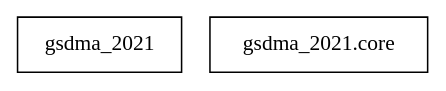
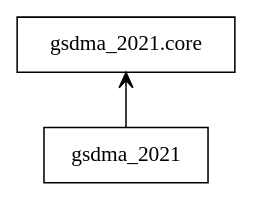
The diagram in docs/source/uml/packages_uml_gsdma_2021.dot (kaufmanno/GSDMA_2021), drawn with Graphviz before and after one commit. The commit also changed 1 other file, not shown here.

```diff
--- a/docs/source/uml/packages_uml_gsdma_2021.dot
+++ b/docs/source/uml/packages_uml_gsdma_2021.dot
@@ -1,6 +1,7 @@
 digraph "packages_uml_gsdma_2021" {
 rankdir=BT
 charset="utf-8"
 "gsdma_2021" [color="black", label="gsdma_2021", shape="box", style="solid"];
 "gsdma_2021.core" [color="black", label="gsdma_2021.core", shape="box", style="solid"];
+"gsdma_2021" -> "gsdma_2021.core" [arrowhead="open", arrowtail="none"];
 }
```
